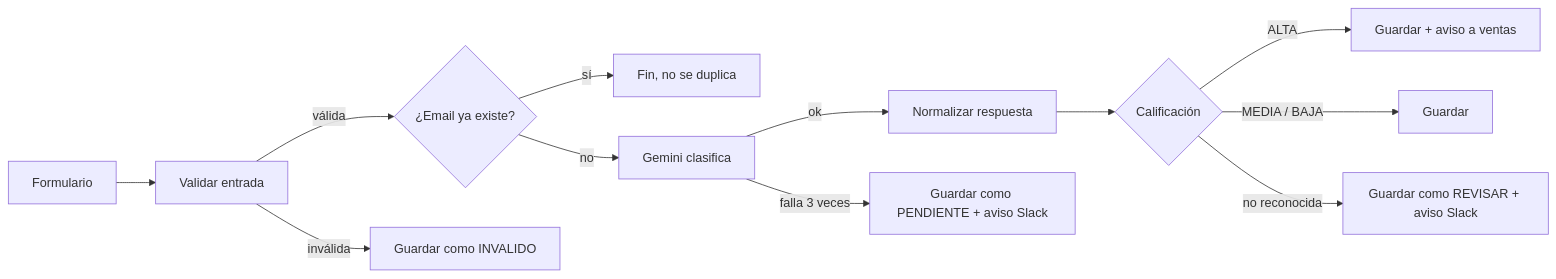
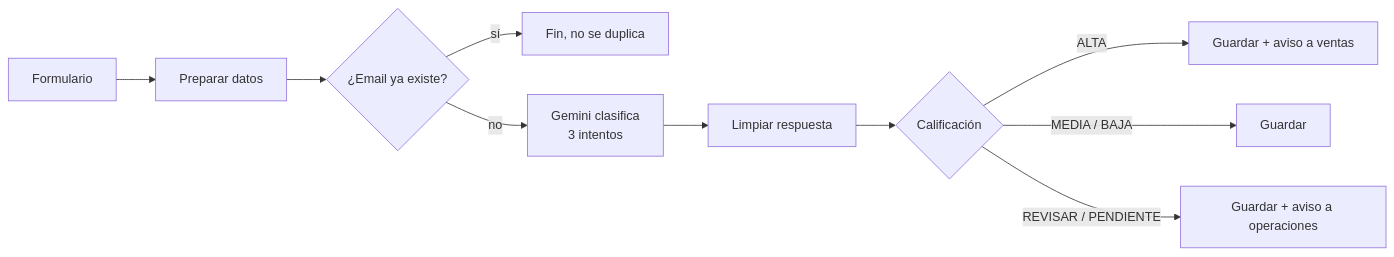
One commit to bazzit-cloud/n8n-automation-portfolio changed the diagram in Proyecto_1_Captacion_Leads.md. Above: the diagram before and after it, drawn with Mermaid. The commit also changed other lines of this file and 4 other files, not shown here.

````diff
--- a/Proyecto_1_Captacion_Leads.md
+++ b/Proyecto_1_Captacion_Leads.md
@@ -20,14 +20,12 @@
 ```mermaid
 flowchart LR
-    A[Formulario] --> B[Validar entrada]
-    B -->|válida| C{¿Email ya existe?}
-    B -->|inválida| X[Guardar como INVALIDO]
+    A[Formulario] --> B[Preparar datos]
+    B --> C{¿Email ya existe?}
     C -->|sí| D[Fin, no se duplica]
-    C -->|no| E[Gemini clasifica]
-    E -->|ok| F[Normalizar respuesta]
-    E -->|falla 3 veces| P[Guardar como PENDIENTE + aviso Slack]
+    C -->|no| E[Gemini clasifica<br/>3 intentos]
+    E --> F[Limpiar respuesta]
     F --> G{Calificación}
     G -->|ALTA| H[Guardar + aviso a ventas]
     G -->|MEDIA / BAJA| I[Guardar]
-    G -->|no reconocida| R[Guardar como REVISAR + aviso Slack]
+    G -->|REVISAR / PENDIENTE| R[Guardar + aviso a operaciones]
 ```
````
